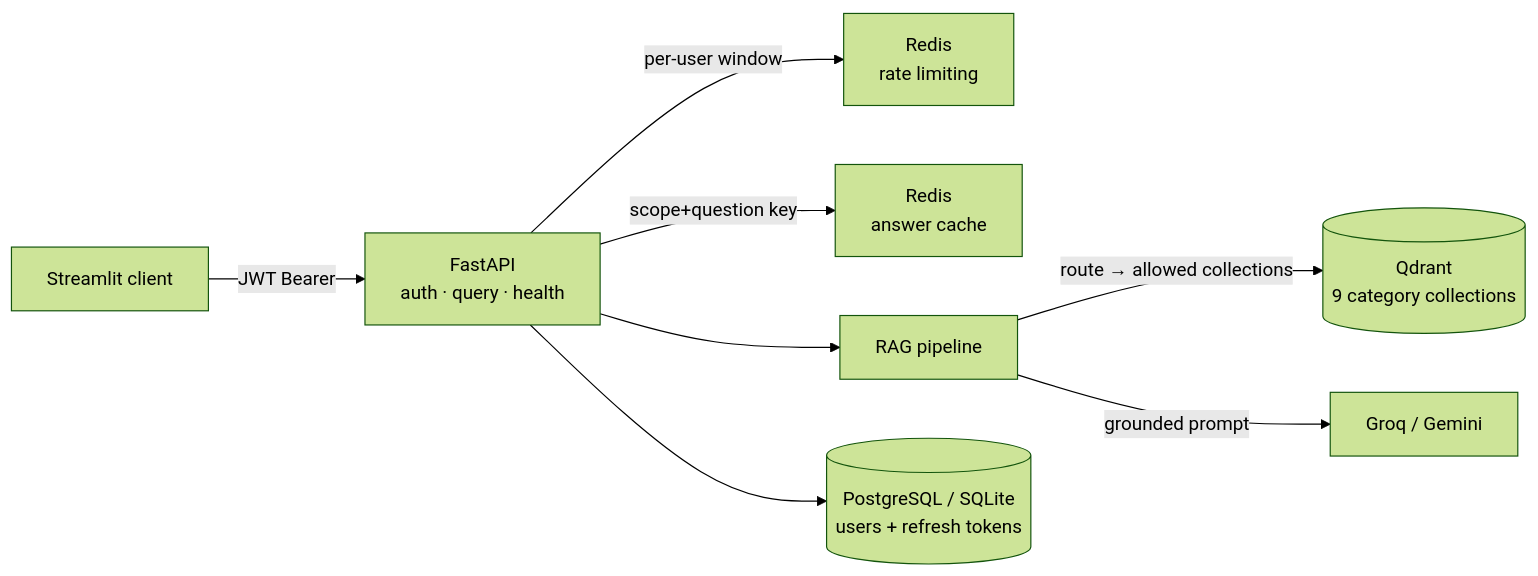
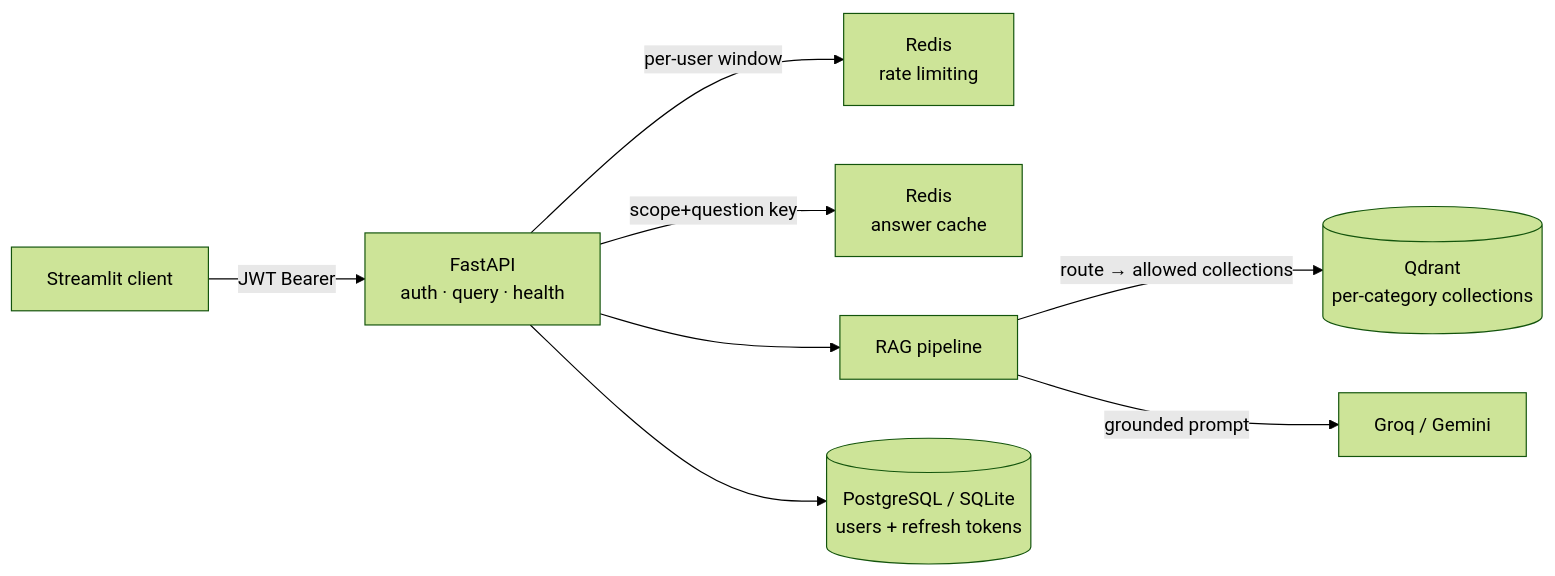
Before and after one commit to DataShoaib/company-policy-copilot: the diagram in README.md, drawn with Mermaid (forest theme). The commit also changed other lines of this file, not shown here.

````diff
--- a/README.md
+++ b/README.md
@@ -36,10 +43,10 @@
 ```mermaid
 flowchart LR
     UI["Streamlit client"] -->|JWT Bearer| API["FastAPI<br/>auth · query · health"]
     API -->|per-user window| RL["Redis<br/>rate limiting"]
     API -->|scope+question key| C["Redis<br/>answer cache"]
     API --> P["RAG pipeline"]
-    P -->|"route → allowed collections"| Q[("Qdrant<br/>9 category collections")]
+    P -->|"route → allowed collections"| Q[("Qdrant<br/>per-category collections")]
     P -->|"grounded prompt"| LLM["Groq / Gemini"]
     API --> DB[("PostgreSQL / SQLite<br/>users + refresh tokens")]
 ```
````
